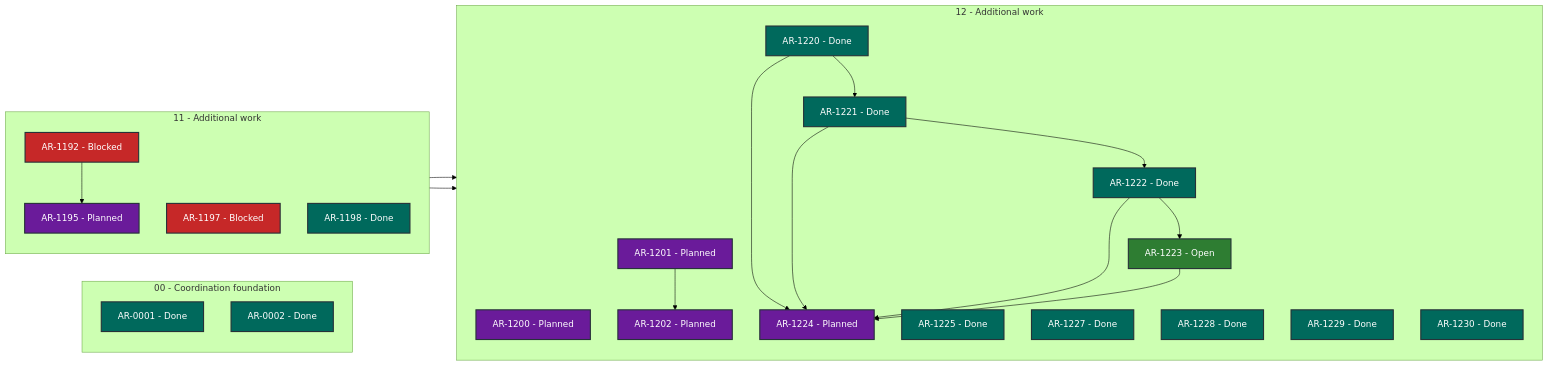
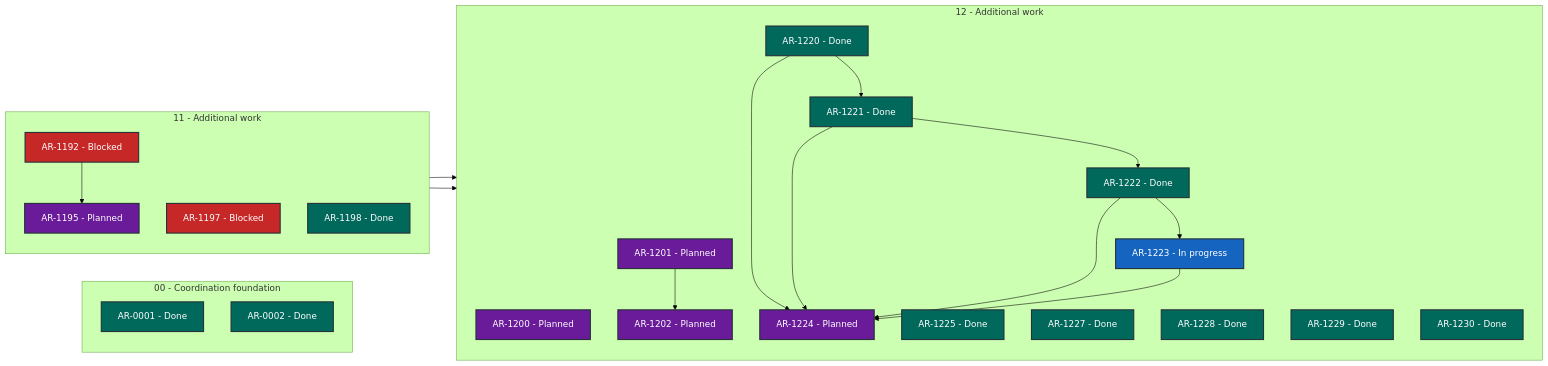
The diagram in STATUS.md (martin-beck/asb-tui-state), drawn with Mermaid (forest theme) before and after one commit. The commit also changed other lines of this file and 2 other files, not shown here.

````diff
--- a/STATUS.md
+++ b/STATUS.md
@@ -27,50 +27,50 @@
 ```mermaid
 flowchart LR
     subgraph series_00["00 - Coordination foundation"]
         direction TB
         AR_0001["AR-0001 - Done"]:::status_done
         AR_0002["AR-0002 - Done"]:::status_done
     end
     subgraph series_11["11 - Additional work"]
         direction TB
         AR_1192["AR-1192 - Blocked"]:::status_blocked
         AR_1195["AR-1195 - Planned"]:::status_planned
         AR_1197["AR-1197 - Blocked"]:::status_blocked
         AR_1198["AR-1198 - Done"]:::status_done
     end
     subgraph series_12["12 - Additional work"]
         direction TB
         AR_1200["AR-1200 - Planned"]:::status_planned
         AR_1201["AR-1201 - Planned"]:::status_planned
         AR_1202["AR-1202 - Planned"]:::status_planned
         AR_1220["AR-1220 - Done"]:::status_done
         AR_1221["AR-1221 - Done"]:::status_done
         AR_1222["AR-1222 - Done"]:::status_done
-        AR_1223["AR-1223 - Open"]:::status_open
+        AR_1223["AR-1223 - In progress"]:::status_in_progress
         AR_1224["AR-1224 - Planned"]:::status_planned
         AR_1225["AR-1225 - Done"]:::status_done
         AR_1227["AR-1227 - Done"]:::status_done
         AR_1228["AR-1228 - Done"]:::status_done
         AR_1229["AR-1229 - Done"]:::status_done
         AR_1230["AR-1230 - Done"]:::status_done
     end
     AR_1192 --> AR_1195
     AR_1195 --> AR_1200
     AR_1197 --> AR_1201
     AR_1201 --> AR_1202
     AR_1220 --> AR_1221
     AR_1220 --> AR_1224
     AR_1221 --> AR_1222
     AR_1221 --> AR_1224
     AR_1222 --> AR_1223
     AR_1222 --> AR_1224
     AR_1223 --> AR_1224
     classDef status_in_progress fill:#1565c0,color:#ffffff,stroke:#263238,stroke-width:2px
     classDef status_open fill:#2e7d32,color:#ffffff,stroke:#263238,stroke-width:2px
     classDef status_blocked fill:#c62828,color:#ffffff,stroke:#263238,stroke-width:2px
     classDef status_planned fill:#6a1b9a,color:#ffffff,stroke:#263238,stroke-width:2px
     classDef status_future fill:#455a64,color:#ffffff,stroke:#263238,stroke-width:2px
     classDef status_done fill:#00695c,color:#ffffff,stroke:#263238,stroke-width:2px
     classDef status_cancelled fill:#616161,color:#ffffff,stroke:#263238,stroke-width:2px
     classDef status_superseded fill:#5d4037,color:#ffffff,stroke:#263238,stroke-width:2px
 ```
````
